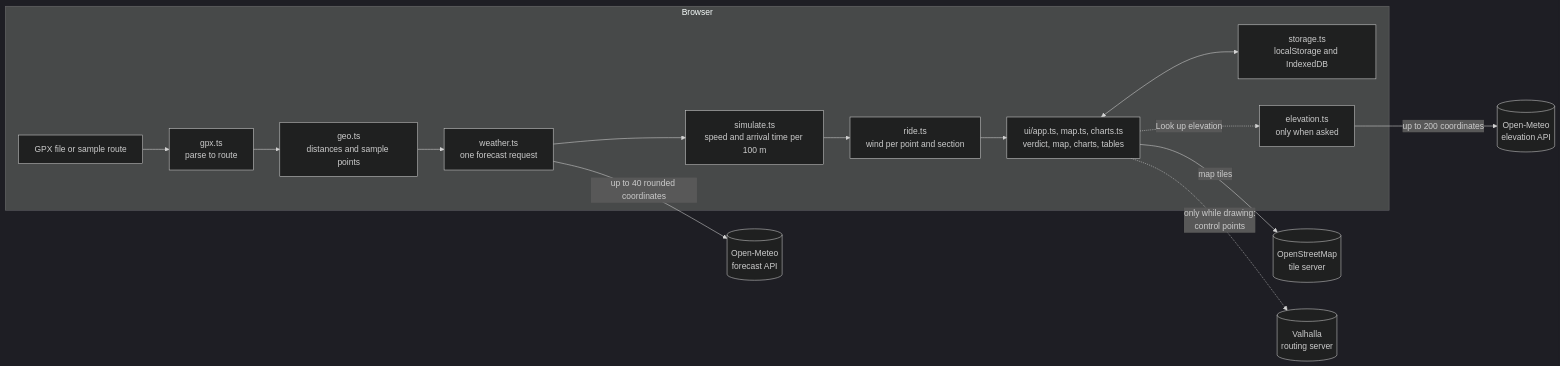
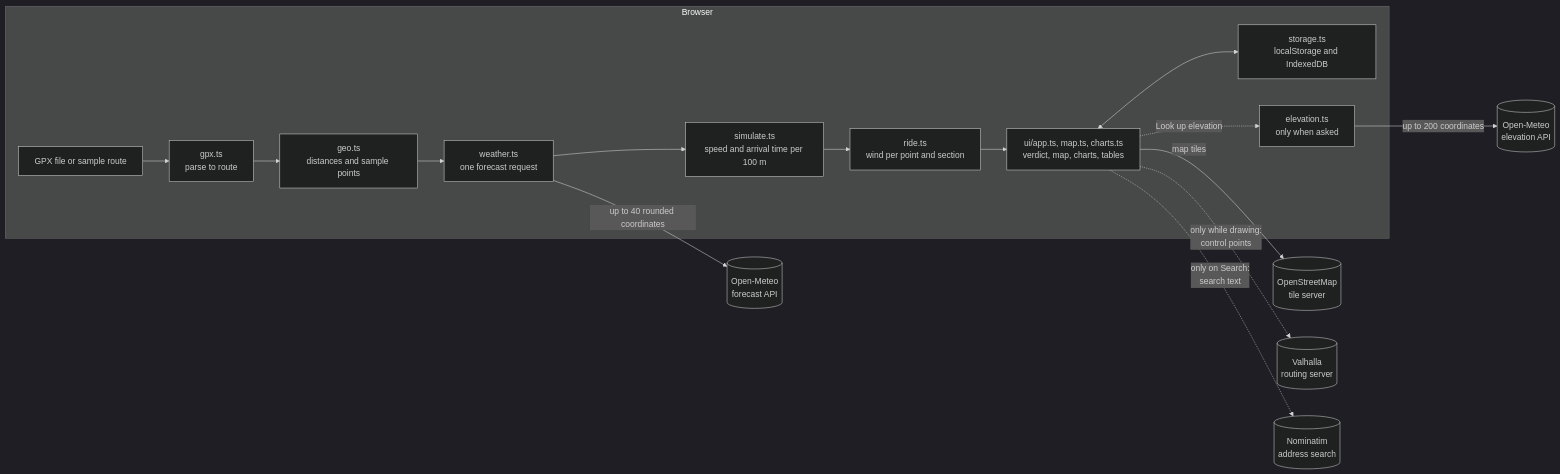
The first of 2 diagrams in docs/architecture.md (kchan1028/ridewind), drawn with Mermaid (dark theme) before and after one commit. The commit also changed other lines of this file and 24 other files, not shown here.

````diff
--- a/docs/architecture.md
+++ b/docs/architecture.md
@@ -9,17 +9,18 @@
 ```mermaid
 flowchart LR
   subgraph Browser
     GPX[GPX file or sample route] --> Parse[gpx.ts<br/>parse to route]
     Parse --> Geo[geo.ts<br/>distances and sample points]
     Geo --> Weather[weather.ts<br/>one forecast request]
     Weather --> Sim[simulate.ts<br/>speed and arrival time per 100 m]
     Sim --> Plan[ride.ts<br/>wind per point and section]
     Plan --> UI[ui/app.ts, map.ts, charts.ts<br/>verdict, map, charts, tables]
     UI <--> Store[storage.ts<br/>localStorage and IndexedDB]
     UI -. "Look up elevation" .-> Elev[elevation.ts<br/>only when asked]
   end
   Weather -- "up to 40 rounded coordinates" --> OM[(Open-Meteo<br/>forecast API)]
   Elev -- "up to 200 coordinates" --> OME[(Open-Meteo<br/>elevation API)]
   UI -- "map tiles" --> OSM[(OpenStreetMap<br/>tile server)]
   UI -. "only while drawing:<br/>control points" .-> RT[(Valhalla<br/>routing server)]
+  UI -. "only on Search:<br/>search text" .-> NOM[(Nominatim<br/>address search)]
 ```
````
